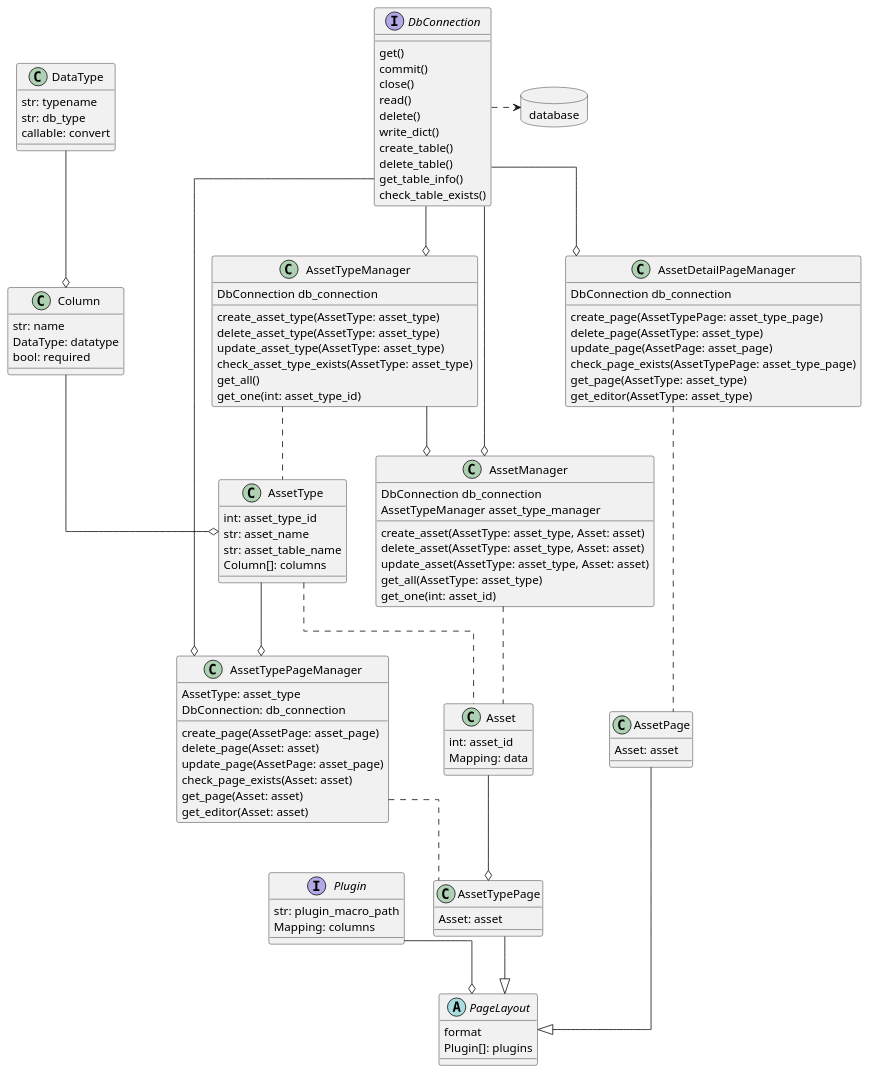
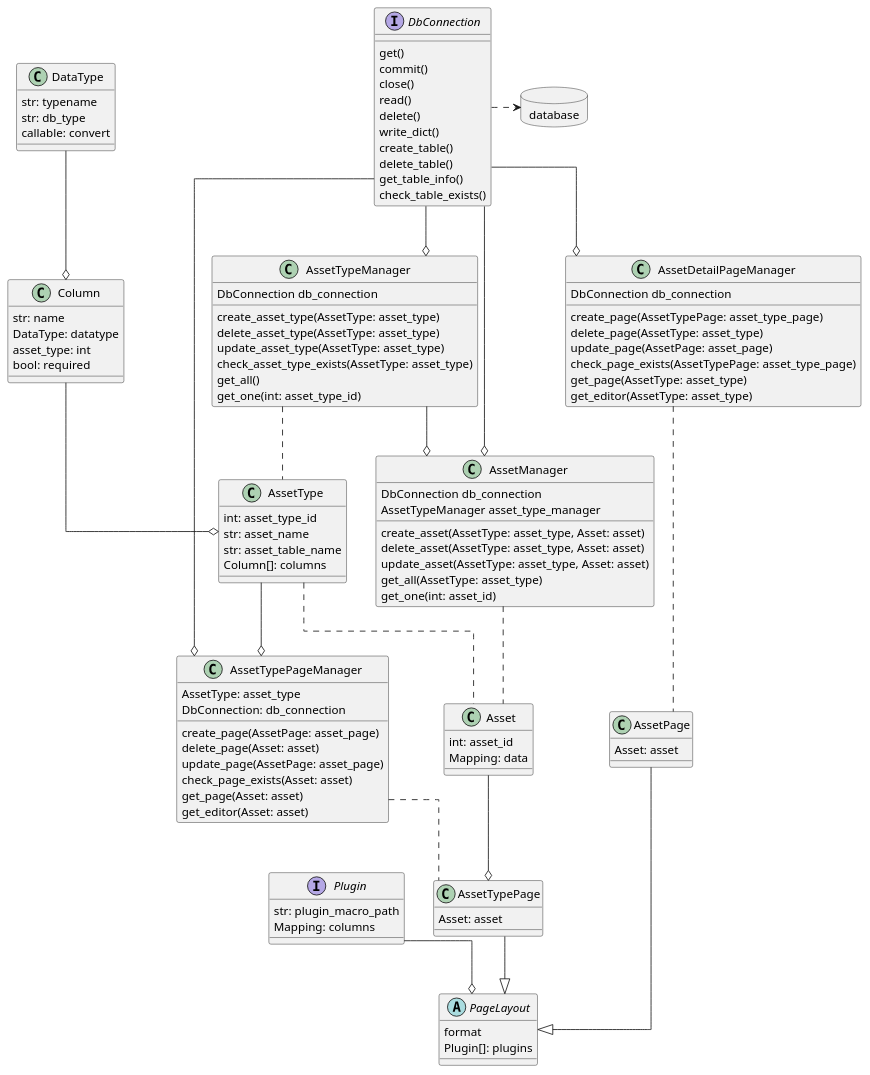
The diagram in doc/classes.wsd (PDT42/AnyBase), drawn with PlantUML before and after one commit.

Commit message:
Update class diagram

```diff
--- a/doc/classes.wsd
+++ b/doc/classes.wsd
@@ -1,156 +1,157 @@
-@startuml
+@startuml anybase-classes
 
 ' Check /out/classes for a .png version of this diagram
 
 ' UML Settings
 ' ############
 
 allow_mixing
 skinparam Linetype ortho
 
 ' Datatypes / Entities
 ' ####################
 
 class DataType {
     str: typename
     str: db_type
     callable: convert
 }
 
 class Column {
     str: name
     DataType: datatype
+    asset_type: int
     bool: required
 }
 
 class AssetType {
     int: asset_type_id
     str: asset_name
     str: asset_table_name
     Column[]: columns
 }
 
 class Asset {
     int: asset_id
     Mapping: data
 }
 
 ' Data Managers
 ' #############
 
 class AssetTypeManager {
     DbConnection db_connection
     create_asset_type(AssetType: asset_type)
     delete_asset_type(AssetType: asset_type)
     update_asset_type(AssetType: asset_type)
     check_asset_type_exists(AssetType: asset_type)
     get_all()
     get_one(int: asset_type_id)
 }
 
 class AssetManager  {
     DbConnection db_connection
     AssetTypeManager asset_type_manager
     create_asset(AssetType: asset_type, Asset: asset)
     delete_asset(AssetType: asset_type, Asset: asset)
     update_asset(AssetType: asset_type, Asset: asset)
     get_all(AssetType: asset_type)
     get_one(int: asset_id)
 }
 
 ' Layouts and Pages
 ' #################
 
 interface Plugin {
     str: plugin_macro_path
     Mapping: columns
 }
 
 abstract class PageLayout {
     format
     Plugin[]: plugins
 }
 
 class AssetTypePage {
     Asset: asset
 }
 
 
 class AssetPage {
     Asset: asset
 }
 
 ' Page Managers
 ' #############
 
 class AssetDetailPageManager {
     DbConnection db_connection
     create_page(AssetTypePage: asset_type_page)
     delete_page(AssetType: asset_type)
     update_page(AssetPage: asset_page)
     check_page_exists(AssetTypePage: asset_type_page)
     get_page(AssetType: asset_type)
     get_editor(AssetType: asset_type)
 }
 
 class AssetTypePageManager {
     AssetType: asset_type
     DbConnection: db_connection
     create_page(AssetPage: asset_page)
     delete_page(Asset: asset)
     update_page(AssetPage: asset_page)
     check_page_exists(Asset: asset)
     get_page(Asset: asset)
     get_editor(Asset: asset)
 }
 
 ' Database and Stuff
 ' ##################
 
 
 interface DbConnection {
     get()
     commit()
     close()
     read()
     delete()
     write_dict()
     create_table()
     delete_table()
     get_table_info()
     check_table_exists()
 }
 
 database database
 
 ' Connections and Stuff
 ' #####################
 
 AssetTypeManager --o AssetManager
 AssetTypeManager .. AssetType
 
 AssetManager .. Asset
 
 AssetType --o AssetTypePageManager
 AssetType .. Asset
 
 DataType --o Column
 Column --o AssetType
 
 AssetTypePageManager .. AssetTypePage
 
 AssetDetailPageManager .. AssetPage
 
 AssetTypePage --|> PageLayout
 AssetPage --|> PageLayout
 Asset --o AssetTypePage
 
 Plugin --o PageLayout
 
 DbConnection .> database
 DbConnection --o AssetManager
 DbConnection --o AssetTypeManager
 DbConnection --o AssetTypePageManager
 DbConnection --o AssetDetailPageManager
 
 @enduml
```
